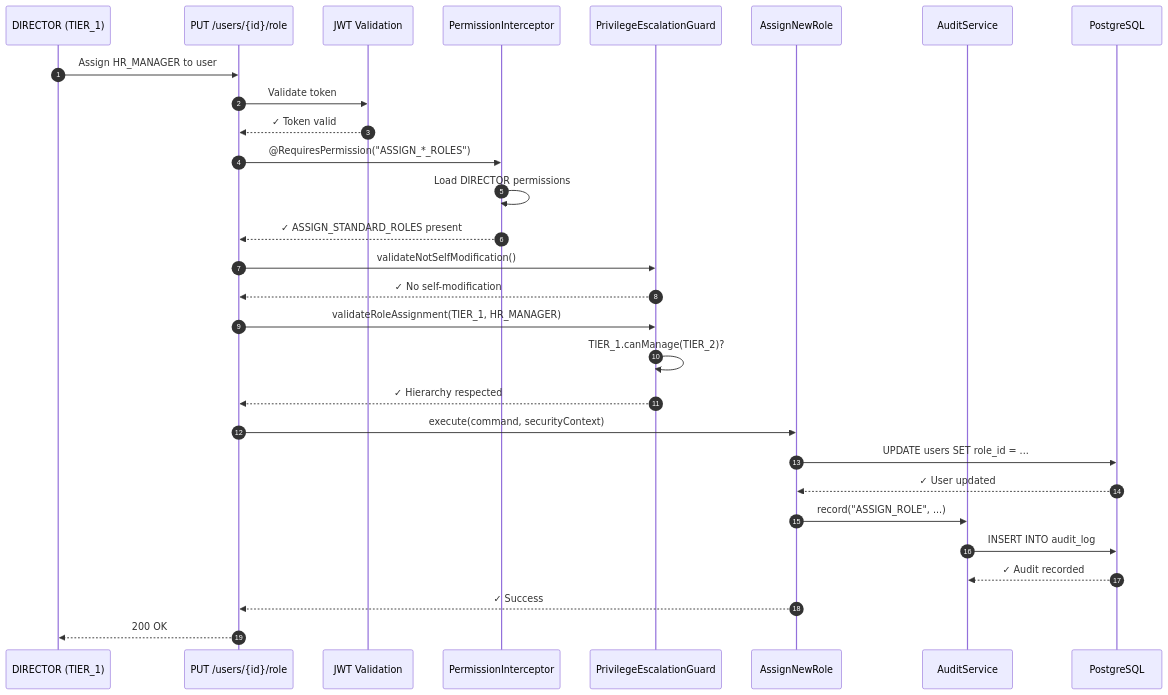
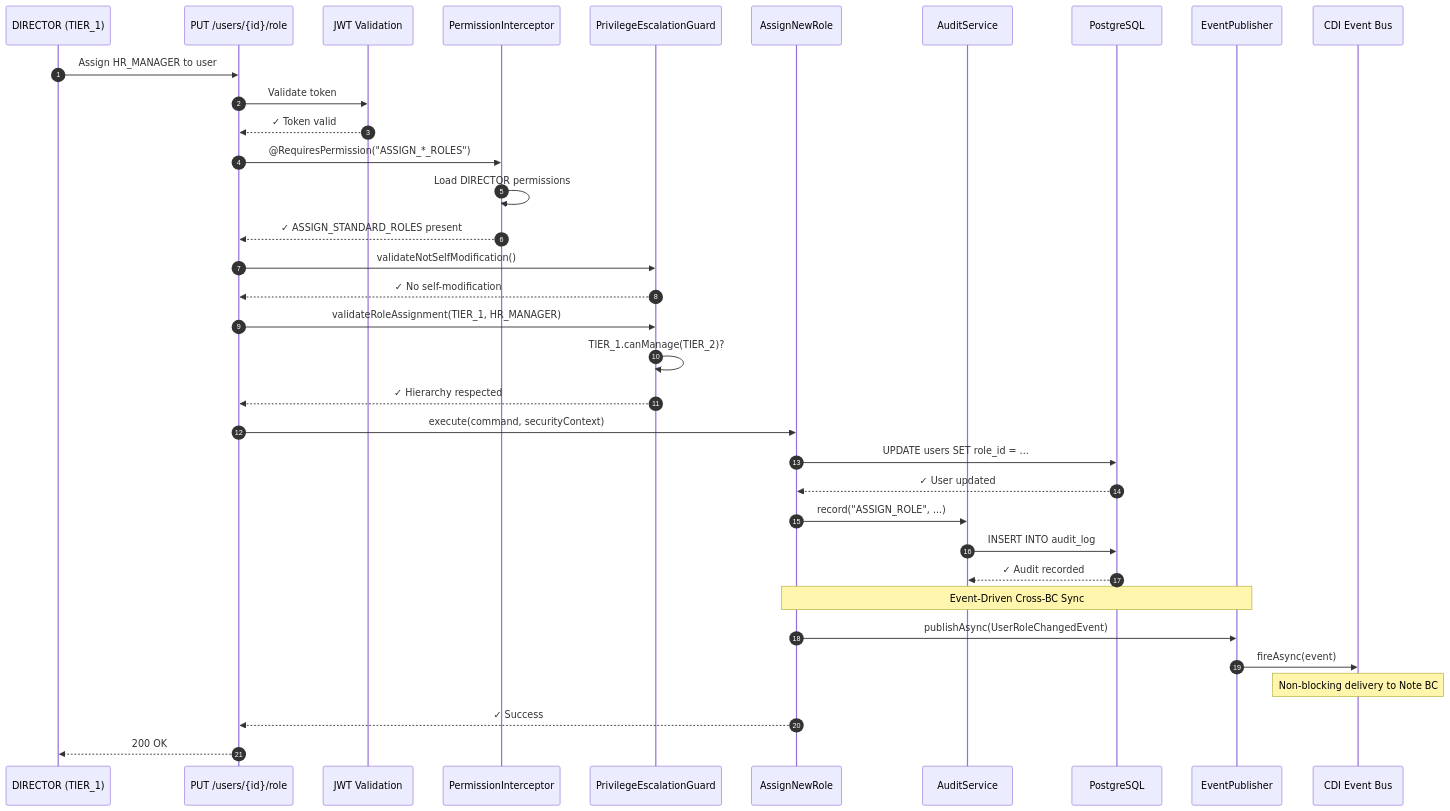
Before and after one commit to Dagz2/beeboard-api: the third of 16 diagrams in documentation/security-architecture.md, drawn with Mermaid. The commit also changed other lines of this file and 119 other files, not shown here.

````diff
--- a/documentation/security-architecture.md
+++ b/documentation/security-architecture.md
@@ -78,38 +128,45 @@
 ```mermaid
 sequenceDiagram
     autonumber
     participant D as DIRECTOR (TIER_1)
     participant API as PUT /users/{id}/role
     participant JWT as JWT Validation
     participant PI as PermissionInterceptor
     participant PEG as PrivilegeEscalationGuard
     participant UC as AssignNewRole
     participant AS as AuditService
     participant DB as PostgreSQL
+    participant EP as EventPublisher
+    participant CDI as CDI Event Bus
 
     D->>API: Assign HR_MANAGER to user
     API->>JWT: Validate token
     JWT-->>API: ✓ Token valid
 
     API->>PI: @RequiresPermission("ASSIGN_*_ROLES")
     PI->>PI: Load DIRECTOR permissions
     PI-->>API: ✓ ASSIGN_STANDARD_ROLES present
 
     API->>PEG: validateNotSelfModification()
     PEG-->>API: ✓ No self-modification
 
     API->>PEG: validateRoleAssignment(TIER_1, HR_MANAGER)
     PEG->>PEG: TIER_1.canManage(TIER_2)?
     PEG-->>API: ✓ Hierarchy respected
 
     API->>UC: execute(command, securityContext)
     UC->>DB: UPDATE users SET role_id = ...
     DB-->>UC: ✓ User updated
 
     UC->>AS: record("ASSIGN_ROLE", ...)
     AS->>DB: INSERT INTO audit_log
     DB-->>AS: ✓ Audit recorded
 
+    Note over UC,EP: Event-Driven Cross-BC Sync
+    UC->>EP: publishAsync(UserRoleChangedEvent)
+    EP->>CDI: fireAsync(event)
+    Note over CDI: Non-blocking delivery to Note BC
+
     UC-->>API: ✓ Success
     API-->>D: 200 OK
 ```
````
